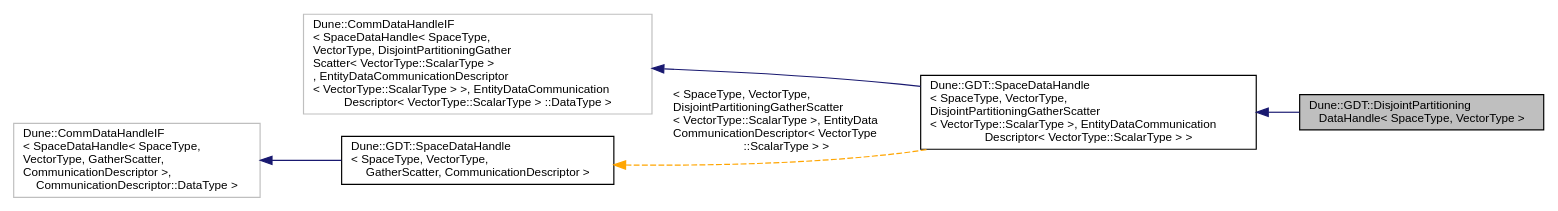
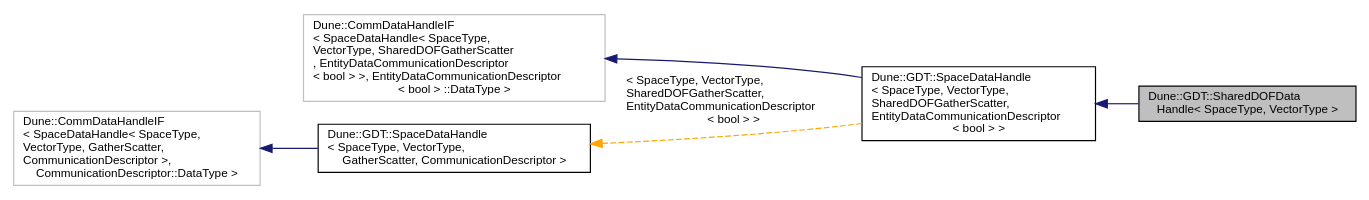
The diagram in docs/dune-gdt/master/a02540.dot (dune-community/dune-community.github.io), drawn with Graphviz before and after one commit. The commit also changed 2446 other files, not shown here.

Commit message:
Updated documentation for dune-gdt master

```diff
--- a/docs/dune-gdt/master/a02540.dot
+++ b/docs/dune-gdt/master/a02540.dot
@@ -1,15 +1,15 @@
-digraph "Dune::GDT::DisjointPartitioningDataHandle&lt; SpaceType, VectorType &gt;"
+digraph "Dune::GDT::SharedDOFDataHandle&lt; SpaceType, VectorType &gt;"
 {
   edge [fontname="Helvetica",fontsize="10",labelfontname="Helvetica",labelfontsize="10"];
   node [fontname="Helvetica",fontsize="10",shape=record];
   rankdir="LR";
-  Node0 [label="Dune::GDT::DisjointPartitioning\lDataHandle\< SpaceType, VectorType \>",height=0.2,width=0.4,color="black", fillcolor="grey75", style="filled", fontcolor="black"];
+  Node0 [label="Dune::GDT::SharedDOFData\lHandle\< SpaceType, VectorType \>",height=0.2,width=0.4,color="black", fillcolor="grey75", style="filled", fontcolor="black"];
   Node1 -> Node0 [dir="back",color="midnightblue",fontsize="10",style="solid",fontname="Helvetica"];
-  Node1 [label="Dune::GDT::SpaceDataHandle\l\< SpaceType, VectorType,\l DisjointPartitioningGatherScatter\l\< VectorType::ScalarType \>, EntityDataCommunication\lDescriptor\< VectorType::ScalarType \> \>",height=0.2,width=0.4,color="black", fillcolor="white", style="filled",URL="$a02509.html"];
+  Node1 [label="Dune::GDT::SpaceDataHandle\l\< SpaceType, VectorType,\l SharedDOFGatherScatter,\l EntityDataCommunicationDescriptor\l\< bool \> \>",height=0.2,width=0.4,color="black", fillcolor="white", style="filled",URL="$a02501.html"];
   Node2 -> Node1 [dir="back",color="midnightblue",fontsize="10",style="solid",fontname="Helvetica"];
-  Node2 [label="Dune::CommDataHandleIF\l\< SpaceDataHandle\< SpaceType,\l VectorType, DisjointPartitioningGather\lScatter\< VectorType::ScalarType \>\l, EntityDataCommunicationDescriptor\l\< VectorType::ScalarType \> \>, EntityDataCommunication\lDescriptor\< VectorType::ScalarType \> ::DataType \>",height=0.2,width=0.4,color="grey75", fillcolor="white", style="filled"];
-  Node3 -> Node1 [dir="back",color="orange",fontsize="10",style="dashed",label=" \< SpaceType, VectorType,\l DisjointPartitioningGatherScatter\l\< VectorType::ScalarType \>, EntityData\lCommunicationDescriptor\< VectorType\l::ScalarType \> \>" ,fontname="Helvetica"];
-  Node3 [label="Dune::GDT::SpaceDataHandle\l\< SpaceType, VectorType,\l GatherScatter, CommunicationDescriptor \>",height=0.2,width=0.4,color="black", fillcolor="white", style="filled",URL="$a02509.html"];
+  Node2 [label="Dune::CommDataHandleIF\l\< SpaceDataHandle\< SpaceType,\l VectorType, SharedDOFGatherScatter\l , EntityDataCommunicationDescriptor\l\< bool \>  \>, EntityDataCommunicationDescriptor\l\< bool \> ::DataType \>",height=0.2,width=0.4,color="grey75", fillcolor="white", style="filled"];
+  Node3 -> Node1 [dir="back",color="orange",fontsize="10",style="dashed",label=" \< SpaceType, VectorType,\l SharedDOFGatherScatter,\l EntityDataCommunicationDescriptor\l\< bool \> \>" ,fontname="Helvetica"];
+  Node3 [label="Dune::GDT::SpaceDataHandle\l\< SpaceType, VectorType,\l GatherScatter, CommunicationDescriptor \>",height=0.2,width=0.4,color="black", fillcolor="white", style="filled",URL="$a02501.html"];
   Node4 -> Node3 [dir="back",color="midnightblue",fontsize="10",style="solid",fontname="Helvetica"];
   Node4 [label="Dune::CommDataHandleIF\l\< SpaceDataHandle\< SpaceType,\l VectorType, GatherScatter,\l CommunicationDescriptor \>,\l CommunicationDescriptor::DataType \>",height=0.2,width=0.4,color="grey75", fillcolor="white", style="filled"];
 }
```
